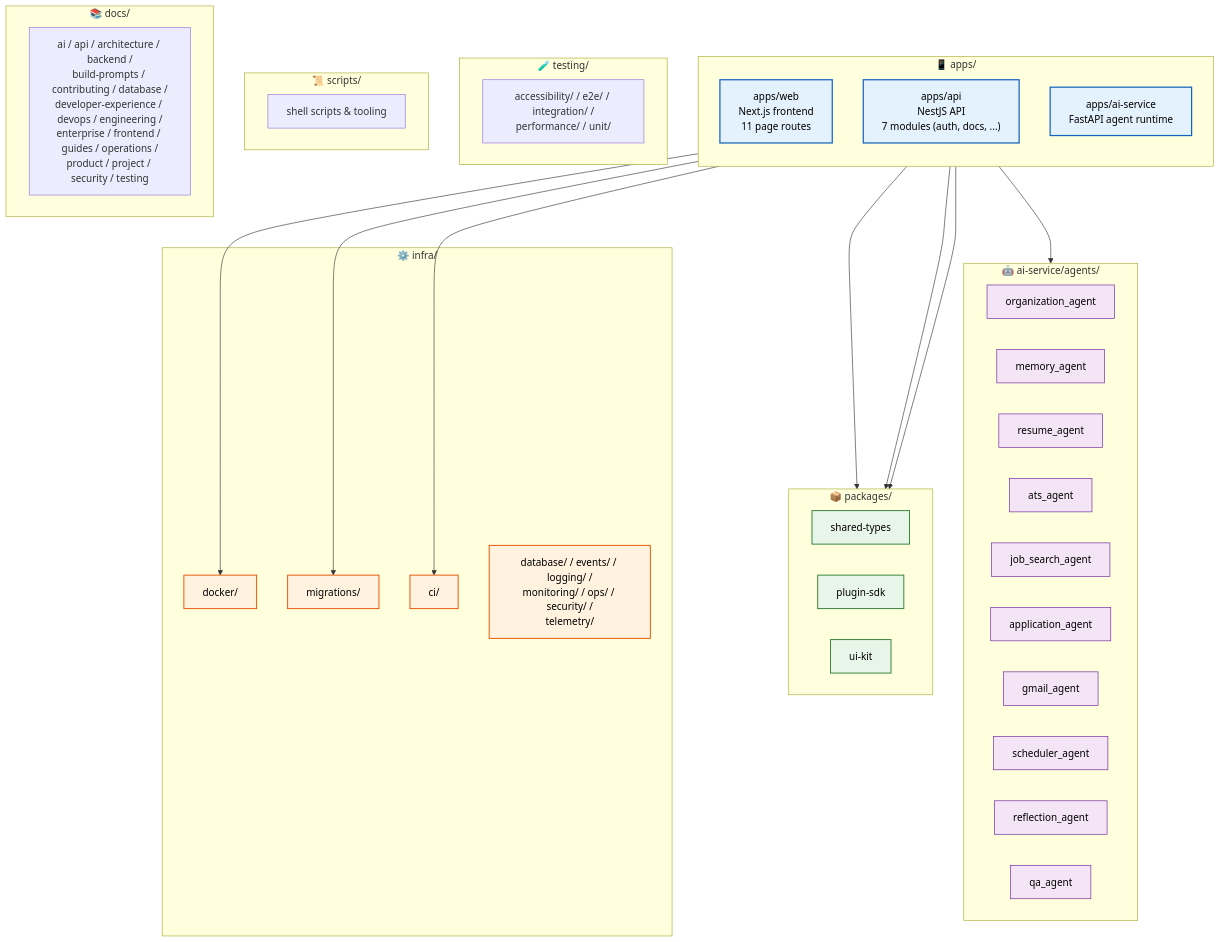
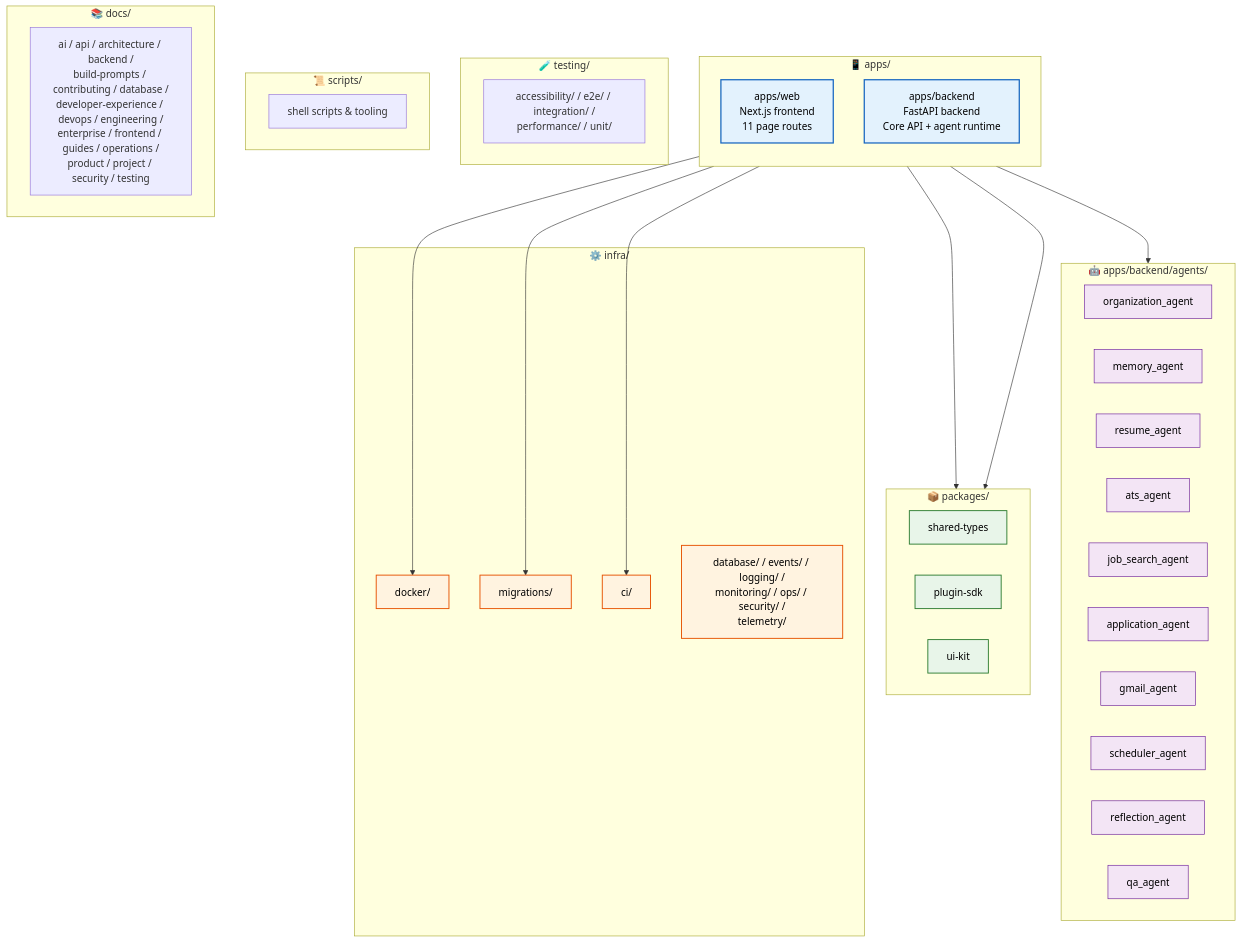
One commit to Driftloom/Vaeloom changed the diagram in docs/engineering/Folder-Structure.md. Above: the diagram before and after it, drawn with Mermaid. The commit also changed other lines of this file and 159 other files, not shown here.

````diff
--- a/docs/engineering/Folder-Structure.md
+++ b/docs/engineering/Folder-Structure.md
@@ -8,63 +9,62 @@
 ```mermaid
 graph TD
     classDef apps fill:#e3f2fd,stroke:#1565c0,color:#000,stroke-width:2px
     classDef pkg fill:#e8f5e9,stroke:#2e7d32,color:#000,stroke-width:1.5px
     classDef infra fill:#fff3e0,stroke:#e65100,color:#000,stroke-width:1.5px
     classDef agent fill:#f3e5f5,stroke:#6a1b9a,color:#000,stroke-width:1px
 
     subgraph Apps["📱 apps/"]
         direction TB
         WEB["apps/web<br/>Next.js frontend<br/>11 page routes"]
-        API["apps/api<br/>NestJS API<br/>7 modules (auth, docs, ...)"]
-        AI["apps/ai-service<br/>FastAPI agent runtime"]
+        API["apps/backend<br/>FastAPI backend<br/>Core API + agent runtime"]
     end
 
-    subgraph Agents["🤖 ai-service/agents/"]
+    subgraph Agents["🤖 apps/backend/agents/"]
         A1["organization_agent"]
         A2["memory_agent"]
         A3["resume_agent"]
         A4["ats_agent"]
         A5["job_search_agent"]
         A6["application_agent"]
         A7["gmail_agent"]
         A8["scheduler_agent"]
         A9["reflection_agent"]
         A10["qa_agent"]
     end
 
     subgraph Pkgs["📦 packages/"]
         P1["shared-types"]
         P2["plugin-sdk"]
         P3["ui-kit"]
     end
 
     subgraph Infra["⚙️ infra/"]
         I1["docker/"]
         I2["migrations/"]
         I3["ci/"]
         I4["database/ / events/ / logging/ /<br/>monitoring/ / ops/ / security/ /<br/>telemetry/"]
     end
 
     subgraph Testing["🧪 testing/"]
         T1["accessibility/ / e2e/ / integration/ /<br/>performance/ / unit/"]
     end
 
     subgraph Scripts["📜 scripts/"]
         S1["shell scripts & tooling"]
     end
 
     subgraph Docs["📚 docs/"]
         D1["ai / api / architecture / backend /<br/>build-prompts / contributing / database /<br/>developer-experience / devops / engineering /<br/>enterprise / frontend / guides / operations /<br/>product / project / security / testing"]
     end
 
-    AI --> Agents
-    WEB & API & AI --> Pkgs
+    API --> Agents
+    WEB & API --> Pkgs
     Apps --> I1 & I2 & I3
 
-    class WEB,API,AI apps
+    class WEB,API apps
     class A1,A2,A3,A4,A5,A6,A7,A8,A9,A10 agent
     class P1,P2,P3 pkg
     class I1,I2,I3,I4 infra
     class D1 docs
     class T1 testing
 ```
````
